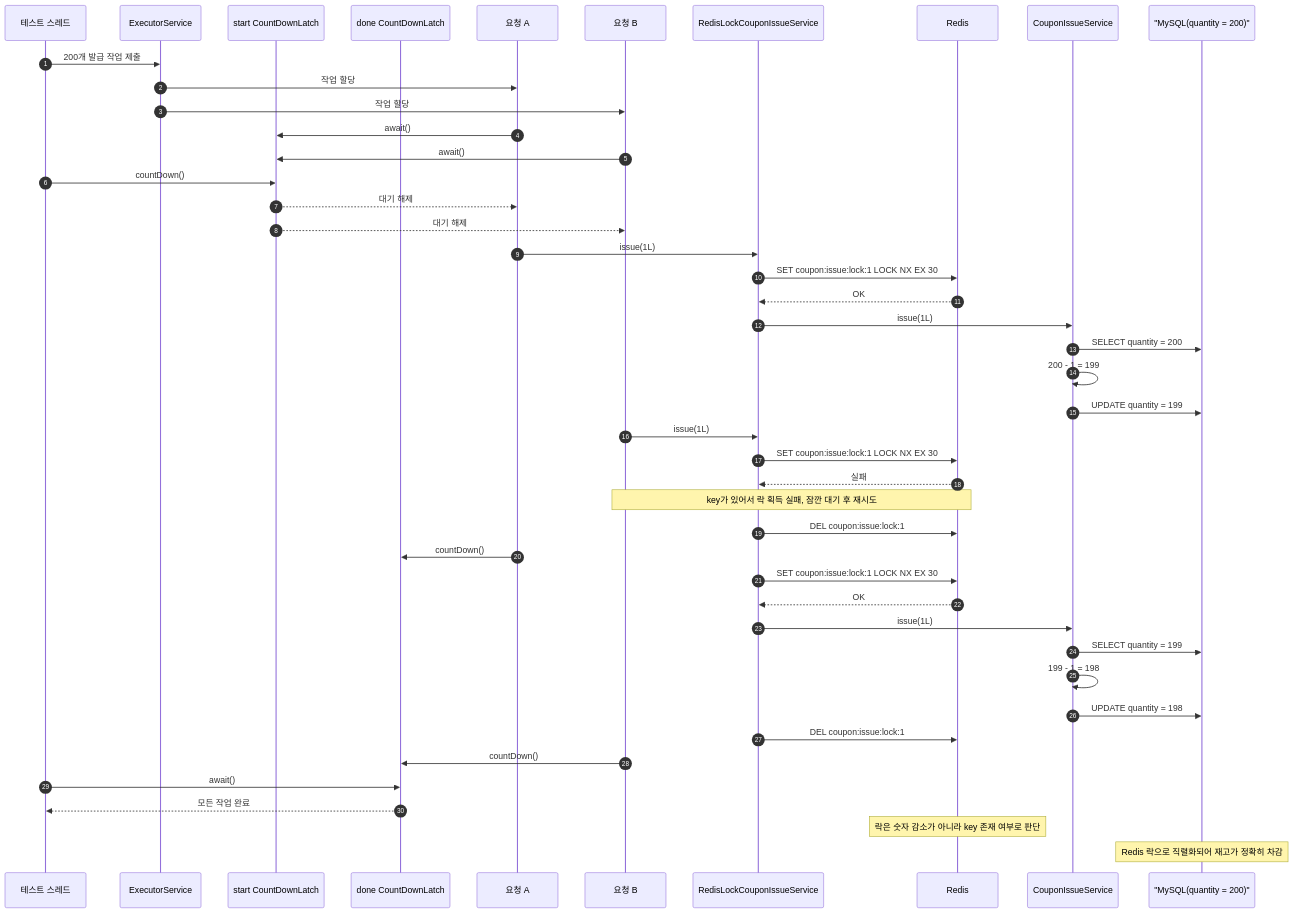
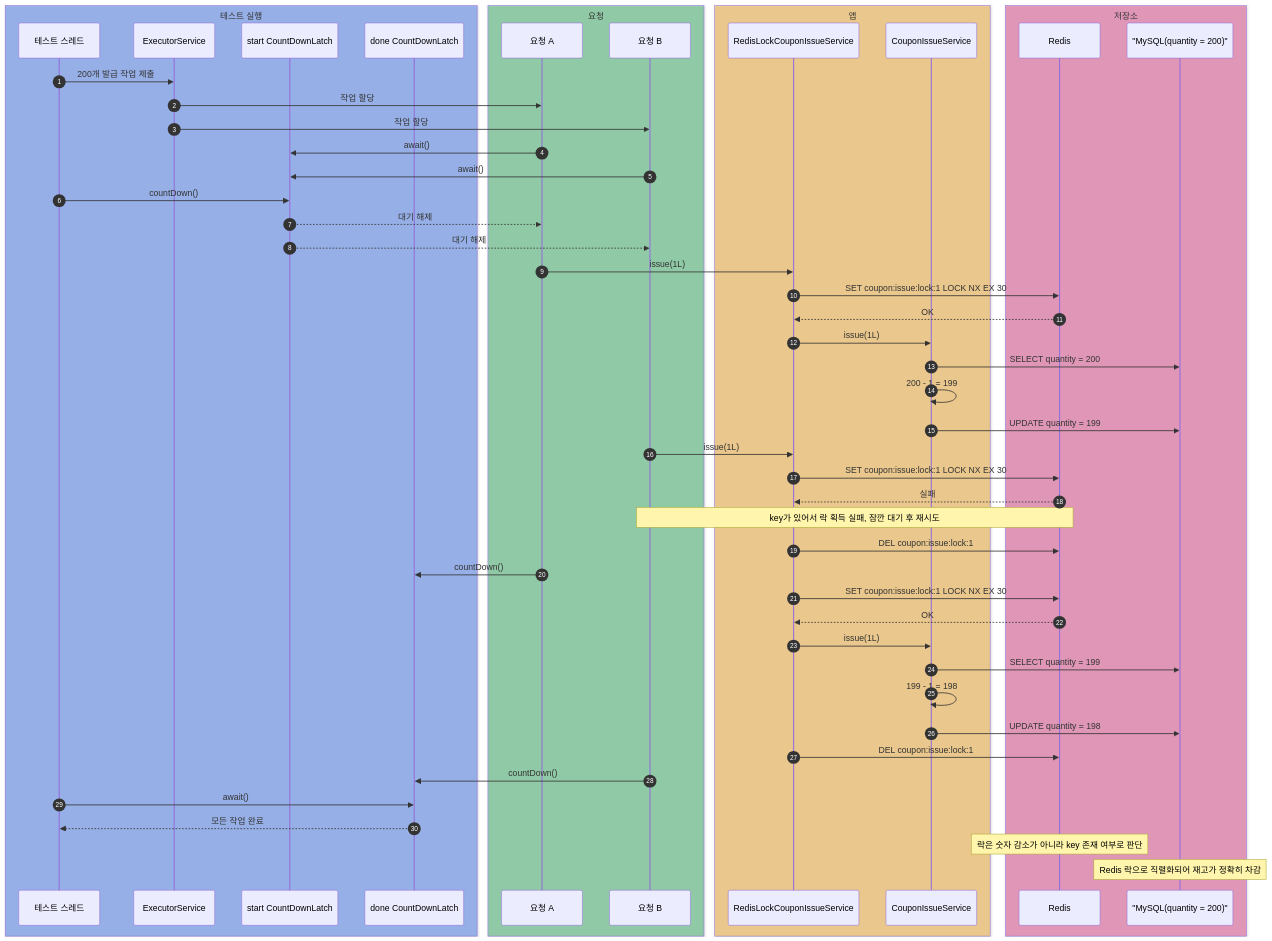
One commit to HJC96/deep-dive changed the seventh of 9 diagrams in labs/coupon-issue/README.md. Above: the diagram before and after it, drawn with Mermaid. The commit also changed other lines of this file and 6 other files, not shown here.

````diff
--- a/labs/coupon-issue/README.md
+++ b/labs/coupon-issue/README.md
@@ -653,55 +706,63 @@
 ```mermaid
 sequenceDiagram
     autonumber
+    box rgba(37, 99, 235, 0.40) 테스트 실행
     participant Test as 테스트 스레드
     participant Executor as ExecutorService
     participant StartLatch as start CountDownLatch
     participant DoneLatch as done CountDownLatch
+    end
+    box rgba(22, 163, 74, 0.40) 요청
     participant A as 요청 A
     participant B as 요청 B
+    end
+    box rgba(245, 158, 11, 0.40) 앱
     participant RedisService as RedisLockCouponIssueService
+    participant CouponService as CouponIssueService
+    end
+    box rgba(219, 39, 119, 0.40) 저장소
     participant Redis as Redis
-    participant CouponService as CouponIssueService
     participant DB as "MySQL(quantity = 200)"
+    end
 
     Test->>Executor: 200개 발급 작업 제출
     Executor->>A: 작업 할당
     Executor->>B: 작업 할당
     A->>StartLatch: await()
     B->>StartLatch: await()
 
     Test->>StartLatch: countDown()
     StartLatch-->>A: 대기 해제
     StartLatch-->>B: 대기 해제
 
     A->>RedisService: issue(1L)
     RedisService->>Redis: SET coupon:issue:lock:1 LOCK NX EX 30
     Redis-->>RedisService: OK
     RedisService->>CouponService: issue(1L)
     CouponService->>DB: SELECT quantity = 200
     CouponService->>CouponService: 200 - 1 = 199
     CouponService->>DB: UPDATE quantity = 199
 
     B->>RedisService: issue(1L)
     RedisService->>Redis: SET coupon:issue:lock:1 LOCK NX EX 30
     Redis-->>RedisService: 실패
     Note over B,Redis: key가 있어서 락 획득 실패, 잠깐 대기 후 재시도
 
     RedisService->>Redis: DEL coupon:issue:lock:1
     A->>DoneLatch: countDown()
 
     RedisService->>Redis: SET coupon:issue:lock:1 LOCK NX EX 30
     Redis-->>RedisService: OK
     RedisService->>CouponService: issue(1L)
     CouponService->>DB: SELECT quantity = 199
     CouponService->>CouponService: 199 - 1 = 198
     CouponService->>DB: UPDATE quantity = 198
     RedisService->>Redis: DEL coupon:issue:lock:1
     B->>DoneLatch: countDown()
 
     Test->>DoneLatch: await()
     DoneLatch-->>Test: 모든 작업 완료
 
     Note over Redis: 락은 숫자 감소가 아니라 key 존재 여부로 판단
     Note over DB: Redis 락으로 직렬화되어 재고가 정확히 차감
 ```
````
